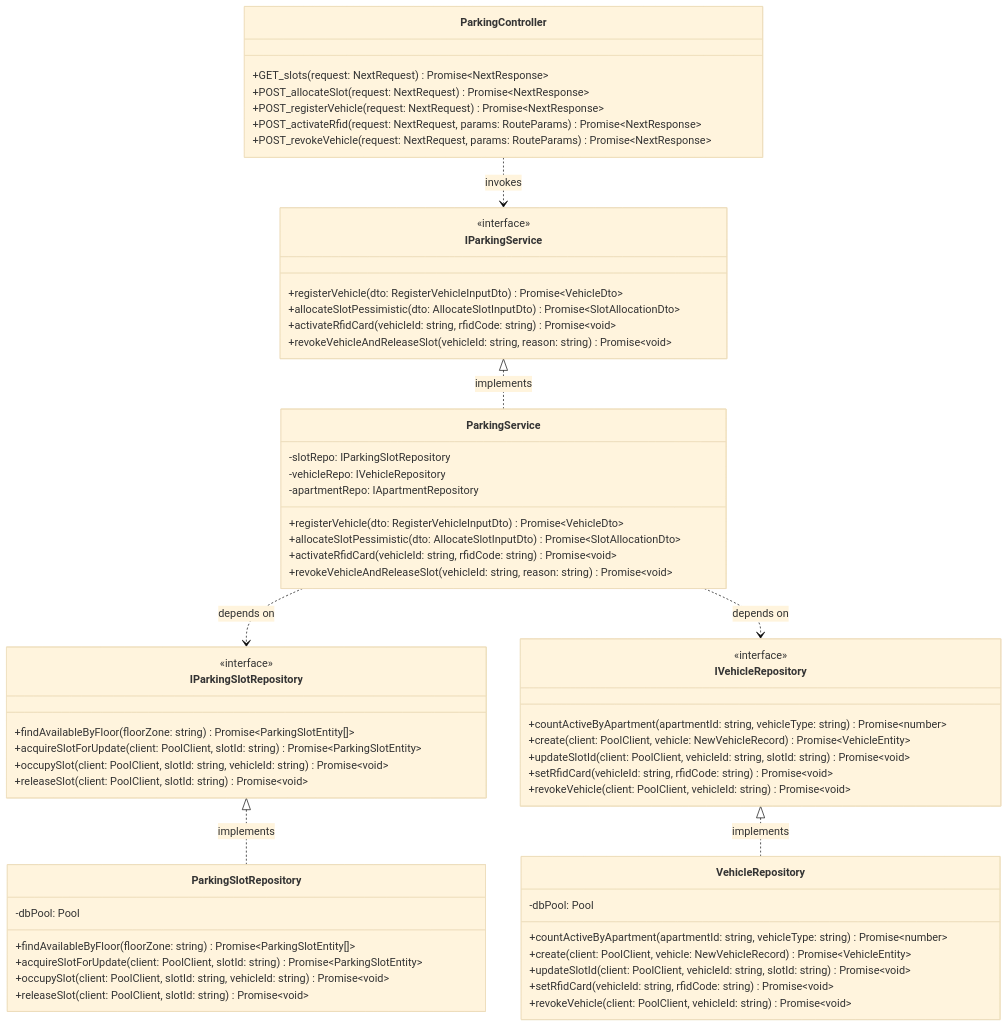
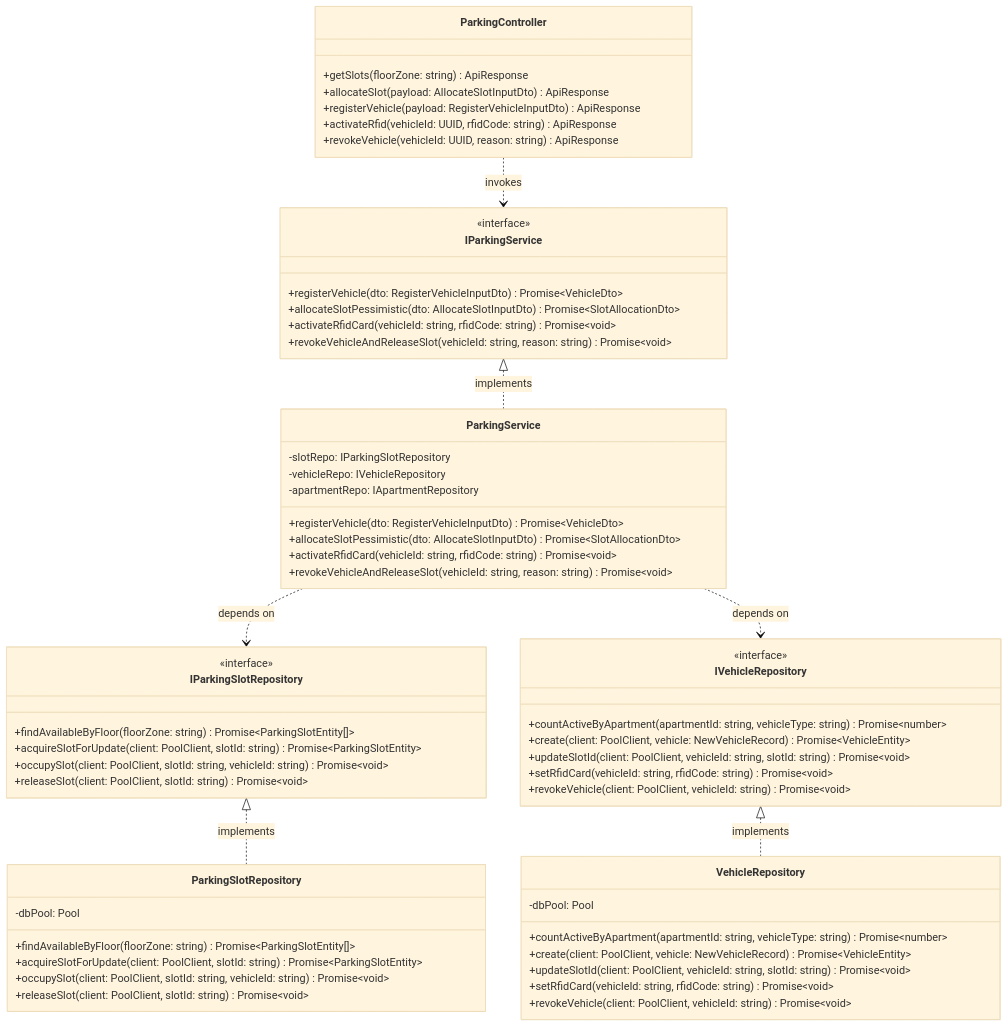
One commit to QuanAnh280605/NguyenAnhQuan-Household-Management changed the third of 8 diagrams in docs/DETAILED_CLASS_AND_SEQUENCE_DIAGRAMS.md. Above: the diagram before and after it, drawn with Mermaid (base theme). The commit also changed other lines of this file and 7 other files, not shown here.

Commit message:
docs: synchronize architecture specifications, dual-mode ingress diagrams, and ADR-0009 index

````diff
--- a/docs/DETAILED_CLASS_AND_SEQUENCE_DIAGRAMS.md
+++ b/docs/DETAILED_CLASS_AND_SEQUENCE_DIAGRAMS.md
@@ -255,72 +255,72 @@
 ```mermaid
 classDiagram
-    %% PRESENTATION TIER
+    %% PRESENTATION TIER (FASTAPI INGRESS / REST CONTROLLER)
     class ParkingController {
-        +GET_slots(request: NextRequest) Promise~NextResponse~
-        +POST_allocateSlot(request: NextRequest) Promise~NextResponse~
-        +POST_registerVehicle(request: NextRequest) Promise~NextResponse~
-        +POST_activateRfid(request: NextRequest, params: RouteParams) Promise~NextResponse~
-        +POST_revokeVehicle(request: NextRequest, params: RouteParams) Promise~NextResponse~
+        +getSlots(floorZone: string) ApiResponse
+        +allocateSlot(payload: AllocateSlotInputDto) ApiResponse
+        +registerVehicle(payload: RegisterVehicleInputDto) ApiResponse
+        +activateRfid(vehicleId: UUID, rfidCode: string) ApiResponse
+        +revokeVehicle(vehicleId: UUID, reason: string) ApiResponse
     }
 
     %% BUSINESS LOGIC TIER
     class IParkingService {
         <<interface>>
         +registerVehicle(dto: RegisterVehicleInputDto) Promise~VehicleDto~
         +allocateSlotPessimistic(dto: AllocateSlotInputDto) Promise~SlotAllocationDto~
         +activateRfidCard(vehicleId: string, rfidCode: string) Promise~void~
         +revokeVehicleAndReleaseSlot(vehicleId: string, reason: string) Promise~void~
     }
 
     class ParkingService {
         -slotRepo: IParkingSlotRepository
         -vehicleRepo: IVehicleRepository
         -apartmentRepo: IApartmentRepository
         +registerVehicle(dto: RegisterVehicleInputDto) Promise~VehicleDto~
         +allocateSlotPessimistic(dto: AllocateSlotInputDto) Promise~SlotAllocationDto~
         +activateRfidCard(vehicleId: string, rfidCode: string) Promise~void~
         +revokeVehicleAndReleaseSlot(vehicleId: string, reason: string) Promise~void~
     }
 
     %% DATA ACCESS TIER
     class IParkingSlotRepository {
         <<interface>>
         +findAvailableByFloor(floorZone: string) Promise~ParkingSlotEntity[]~
         +acquireSlotForUpdate(client: PoolClient, slotId: string) Promise~ParkingSlotEntity~
         +occupySlot(client: PoolClient, slotId: string, vehicleId: string) Promise~void~
         +releaseSlot(client: PoolClient, slotId: string) Promise~void~
     }
 
     class ParkingSlotRepository {
         -dbPool: Pool
         +findAvailableByFloor(floorZone: string) Promise~ParkingSlotEntity[]~
         +acquireSlotForUpdate(client: PoolClient, slotId: string) Promise~ParkingSlotEntity~
         +occupySlot(client: PoolClient, slotId: string, vehicleId: string) Promise~void~
         +releaseSlot(client: PoolClient, slotId: string) Promise~void~
     }
 
     class IVehicleRepository {
         <<interface>>
         +countActiveByApartment(apartmentId: string, vehicleType: string) Promise~number~
         +create(client: PoolClient, vehicle: NewVehicleRecord) Promise~VehicleEntity~
         +updateSlotId(client: PoolClient, vehicleId: string, slotId: string) Promise~void~
         +setRfidCard(vehicleId: string, rfidCode: string) Promise~void~
         +revokeVehicle(client: PoolClient, vehicleId: string) Promise~void~
     }
 
     class VehicleRepository {
         -dbPool: Pool
         +countActiveByApartment(apartmentId: string, vehicleType: string) Promise~number~
         +create(client: PoolClient, vehicle: NewVehicleRecord) Promise~VehicleEntity~
         +updateSlotId(client: PoolClient, vehicleId: string, slotId: string) Promise~void~
         +setRfidCard(vehicleId: string, rfidCode: string) Promise~void~
         +revokeVehicle(client: PoolClient, vehicleId: string) Promise~void~
     }
 
     ParkingController ..> IParkingService : invokes
     IParkingService <|.. ParkingService : implements
     ParkingService ..> IParkingSlotRepository : depends on
     ParkingService ..> IVehicleRepository : depends on
     IParkingSlotRepository <|.. ParkingSlotRepository : implements
     IVehicleRepository <|.. VehicleRepository : implements
 ```
````
